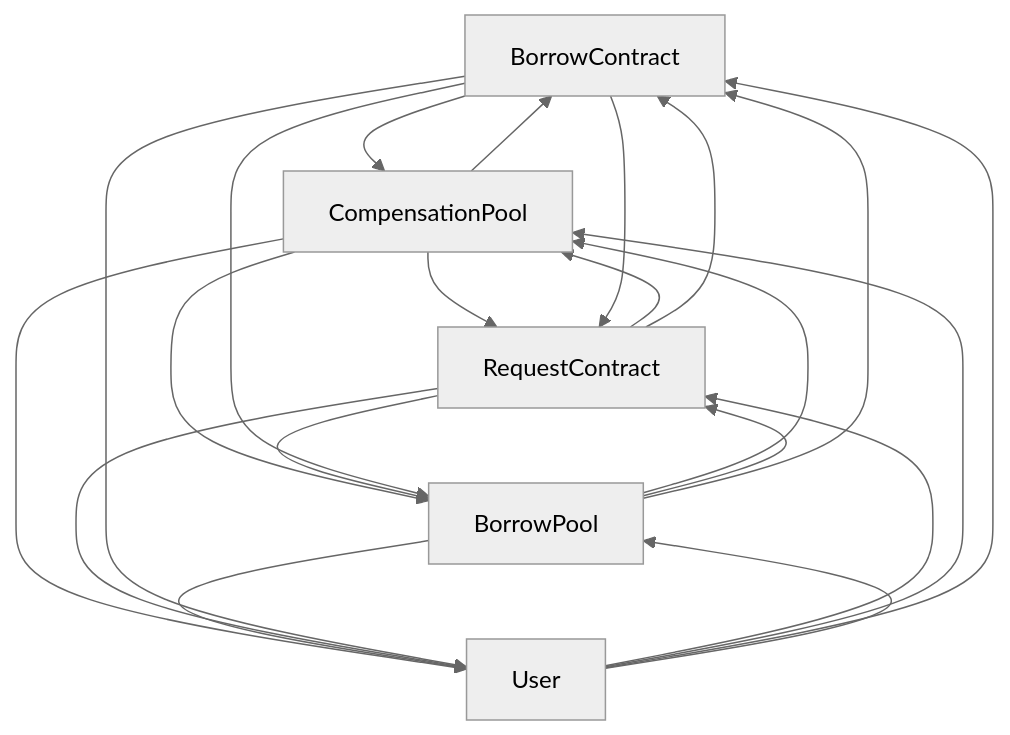
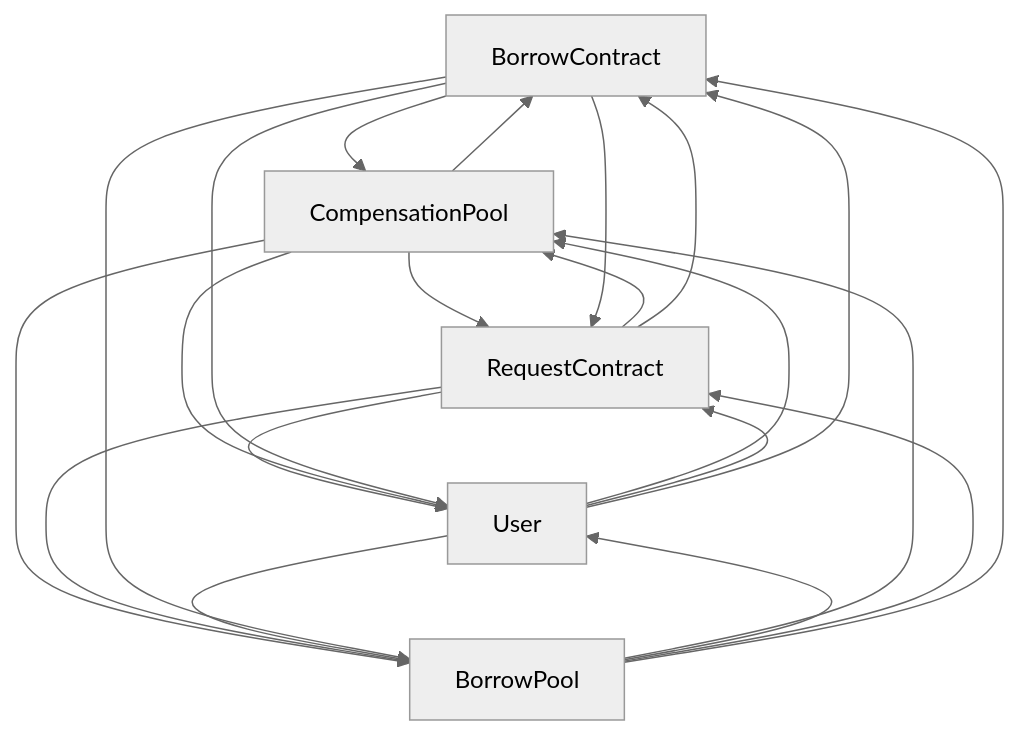
One commit to Timurhaip/contract changed the second of 2 diagrams in buildAppContract/AppContract_BorrowContract.md. Above: the diagram before and after it, drawn with Mermaid (neutral theme). The commit also changed other lines of this file and 333 other files, not shown here.

````diff
--- a/buildAppContract/AppContract_BorrowContract.md
+++ b/buildAppContract/AppContract_BorrowContract.md
@@ -263,24 +279,24 @@
 ```mermaid
 graph TD
 BorrowContract
 BorrowContract --> CompensationPool
 CompensationPool --> RequestContract
-RequestContract --> CompensationPool
+RequestContract --> User
+User --> CompensationPool
 CompensationPool --> BorrowPool
 BorrowPool --> CompensationPool
 CompensationPool --> User
 User --> RequestContract
+RequestContract --> CompensationPool
+CompensationPool --> BorrowContract
+BorrowContract --> RequestContract
 RequestContract --> BorrowPool
 BorrowPool --> User
-User --> CompensationPool
-CompensationPool --> BorrowContract
-BorrowContract --> RequestContract
-RequestContract --> User
 User --> BorrowContract
-BorrowContract --> BorrowPool
+BorrowContract --> User
+User --> BorrowPool
 BorrowPool --> RequestContract
 RequestContract --> BorrowContract
-BorrowContract --> User
-User --> BorrowPool
+BorrowContract --> BorrowPool
 BorrowPool --> BorrowContract
 ```
````
